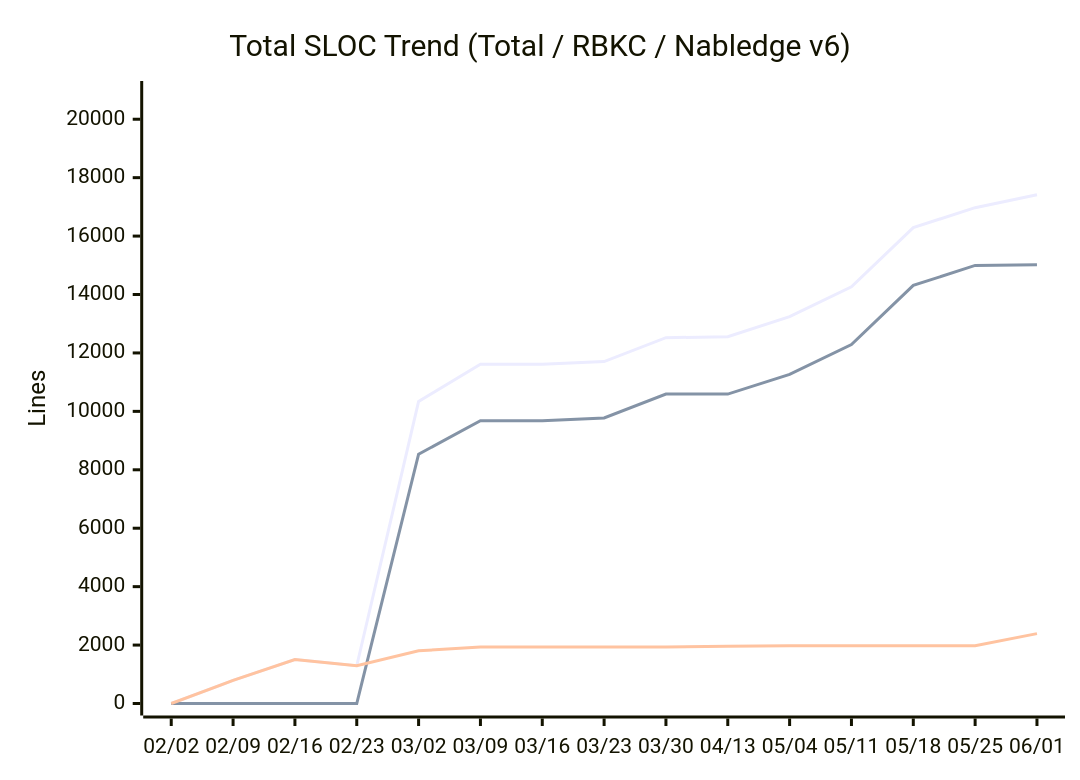
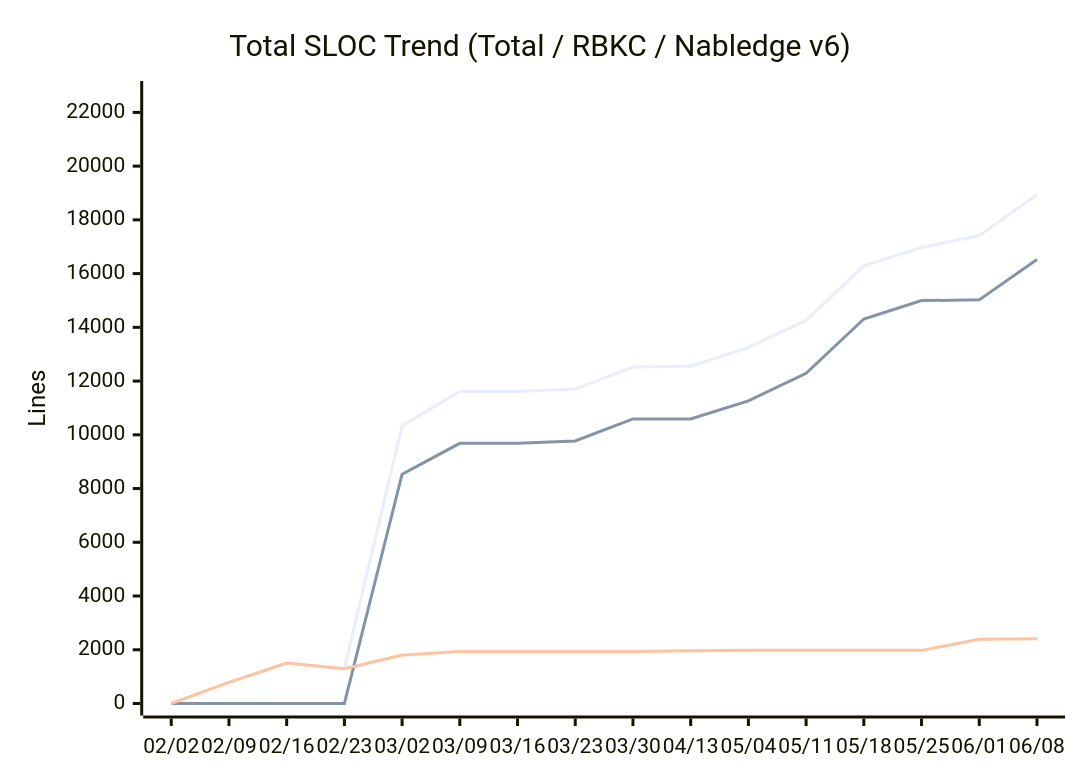
The eighth of 14 diagrams in docs/metrics.md (nablarch/nabledge-dev), drawn with Mermaid before and after one commit. The commit also changed other lines of this file and 2 other files, not shown here.

````diff
--- a/docs/metrics.md
+++ b/docs/metrics.md
@@ -121,9 +121,9 @@
 ```mermaid
 xychart-beta
   title "Total SLOC Trend (Total / RBKC / Nabledge v6)"
-  x-axis ["02/02", "02/09", "02/16", "02/23", "03/02", "03/09", "03/16", "03/23", "03/30", "04/13", "05/04", "05/11", "05/18", "05/25", "06/01"]
-  y-axis "Lines" 0 --> 20898
-  line [0, 789, 1503, 1293, 10339, 11613, 11613, 11704, 12523, 12553, 13242, 14265, 16290, 16973, 17415]
-  line [0, 0, 0, 0, 8533, 9682, 9682, 9773, 10592, 10592, 11264, 12287, 14312, 14995, 15023]
-  line [0, 789, 1503, 1293, 1806, 1931, 1931, 1931, 1931, 1961, 1978, 1978, 1978, 1978, 2392]
+  x-axis ["02/02", "02/09", "02/16", "02/23", "03/02", "03/09", "03/16", "03/23", "03/30", "04/13", "05/04", "05/11", "05/18", "05/25", "06/01", "06/08"]
+  y-axis "Lines" 0 --> 22722
+  line [0, 789, 1503, 1293, 10339, 11613, 11613, 11704, 12523, 12553, 13242, 14265, 16290, 16973, 17415, 18935]
+  line [0, 0, 0, 0, 8533, 9682, 9682, 9773, 10592, 10592, 11264, 12287, 14312, 14995, 15023, 16523]
+  line [0, 789, 1503, 1293, 1806, 1931, 1931, 1931, 1931, 1961, 1978, 1978, 1978, 1978, 2392, 2412]
 ```
````
